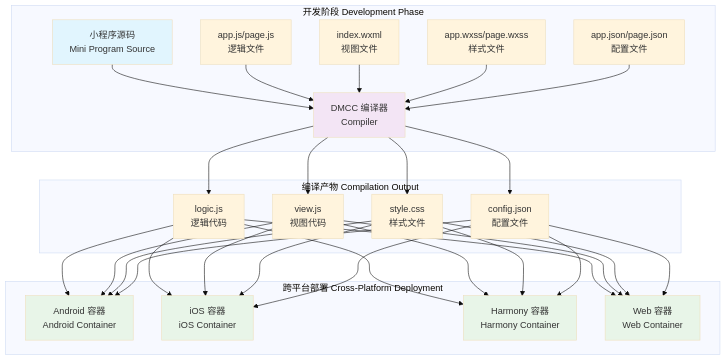
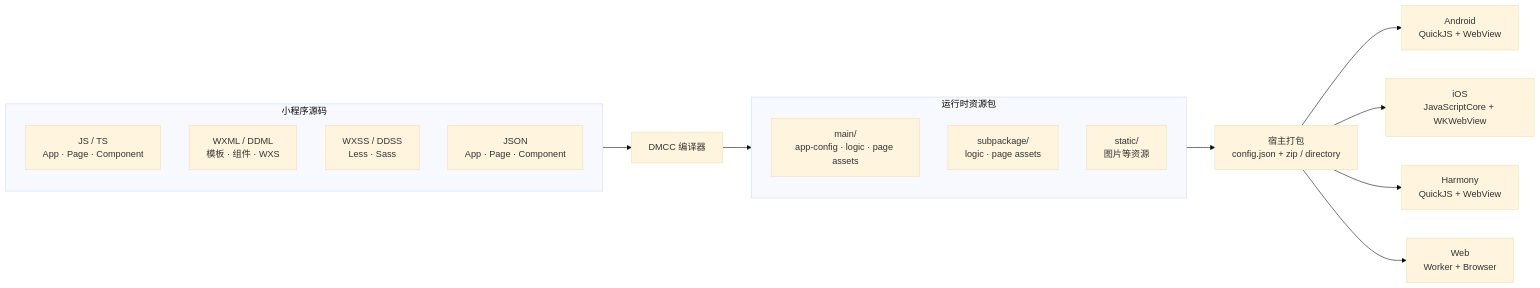
One commit to sternelee/dimina changed the first of 4 diagrams in docs/Architecture-Diagram.md. Above: the diagram before and after it, drawn with Mermaid (base theme). The commit also changed other lines of this file and 7 other files, not shown here.

First line of the commit message:
docs: revise architecture and lifecycle documentation

````diff
--- a/docs/Architecture-Diagram.md
+++ b/docs/Architecture-Diagram.md
@@ -5,46 +9,25 @@
 ```mermaid
-graph TB
-    subgraph "开发阶段 Development Phase"
-        A[小程序源码<br/>Mini Program Source] --> B[DMCC 编译器<br/>Compiler]
-        A1[app.js/page.js<br/>逻辑文件] --> B
-        A2[index.wxml<br/>视图文件] --> B
-        A3[app.wxss/page.wxss<br/>样式文件] --> B
-        A4[app.json/page.json<br/>配置文件] --> B
+flowchart LR
+    subgraph Source[小程序源码]
+        Logic["JS / TS<br/>App · Page · Component"]
+        View["WXML / DDML<br/>模板 · 组件 · WXS"]
+        Style["WXSS / DDSS<br/>Less · Sass"]
+        Config["JSON<br/>App · Page · Component"]
     end
 
-    subgraph "编译产物 Compilation Output"
-        B --> C1[logic.js<br/>逻辑代码]
-        B --> C2[view.js<br/>视图代码]
-        B --> C3[style.css<br/>样式文件]
-        B --> C4[config.json<br/>配置文件]
+    Source --> DMCC["DMCC 编译器"]
+
+    subgraph Bundle[运行时资源包]
+        Main["main/<br/>app-config · logic · page assets"]
+        Sub["subpackage/<br/>logic · page assets"]
+        Static["static/<br/>图片等资源"]
     end
 
-    subgraph "跨平台部署 Cross-Platform Deployment"
-        C1 --> D1[Android 容器<br/>Android Container]
-        C2 --> D1
-        C3 --> D1
-        C4 --> D1
-        
-        C1 --> D2[iOS 容器<br/>iOS Container]
-        C2 --> D2
-        C3 --> D2
-        C4 --> D2
-        
-        C1 --> D3[Harmony 容器<br/>Harmony Container]
-        C2 --> D3
-        C3 --> D3
-        C4 --> D3
-        
-        C1 --> D4[Web 容器<br/>Web Container]
-        C2 --> D4
-        C3 --> D4
-        C4 --> D4
-    end
+    DMCC --> Bundle
+    Bundle --> Package["宿主打包<br/>config.json + zip / directory"]
 
-    style A fill:#e1f5fe
-    style B fill:#f3e5f5
-    style D1 fill:#e8f5e8
-    style D2 fill:#e8f5e8
-    style D3 fill:#e8f5e8
-    style D4 fill:#e8f5e8
+    Package --> Android["Android<br/>QuickJS + WebView"]
+    Package --> IOS["iOS<br/>JavaScriptCore + WKWebView"]
+    Package --> Harmony["Harmony<br/>QuickJS + WebView"]
+    Package --> Web["Web<br/>Worker + Browser"]
 ```
````
